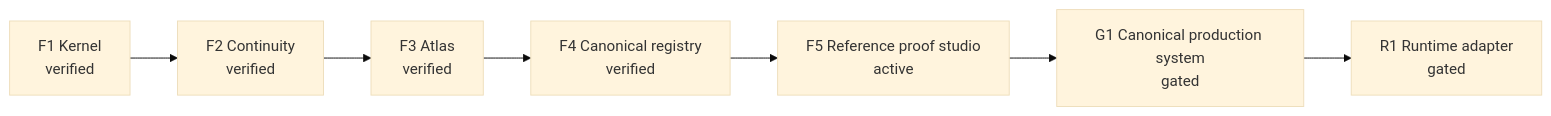
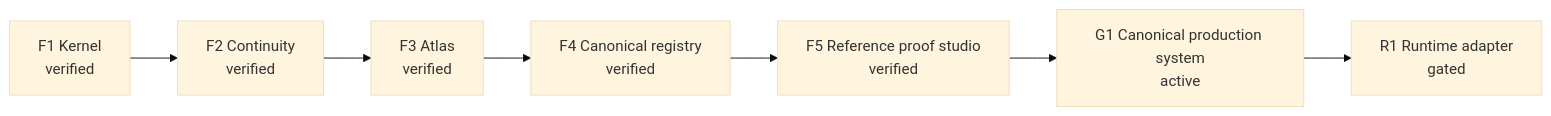
One commit to zakwmthomas/Mindwarp-forge changed the diagram in docs/project-atlas/ROADMAP.md. Above: the diagram before and after it, drawn with Mermaid (base theme). The commit also changed other lines of this file and 20 other files, not shown here.

````diff
--- a/docs/project-atlas/ROADMAP.md
+++ b/docs/project-atlas/ROADMAP.md
@@ -3,4 +3,4 @@
 ```mermaid
 flowchart LR
-  F1["F1 Kernel\nverified"] --> F2["F2 Continuity\nverified"] --> F3["F3 Atlas\nverified"] --> F4["F4 Canonical registry\nverified"] --> F5["F5 Reference proof studio\nactive"] --> G1["G1 Canonical production system\ngated"] --> R1["R1 Runtime adapter\ngated"]
+  F1["F1 Kernel\nverified"] --> F2["F2 Continuity\nverified"] --> F3["F3 Atlas\nverified"] --> F4["F4 Canonical registry\nverified"] --> F5["F5 Reference proof studio\nverified"] --> G1["G1 Canonical production system\nactive"] --> R1["R1 Runtime adapter\ngated"]
 ```
````
